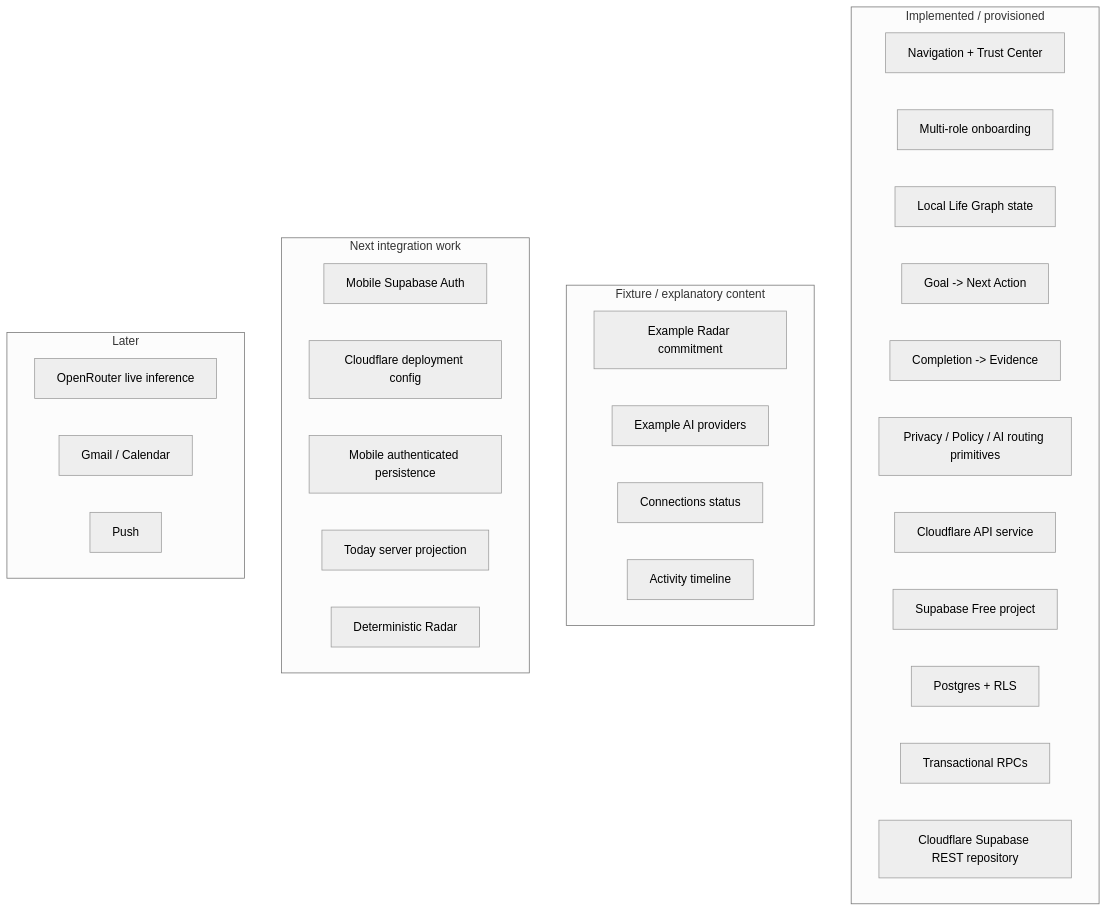
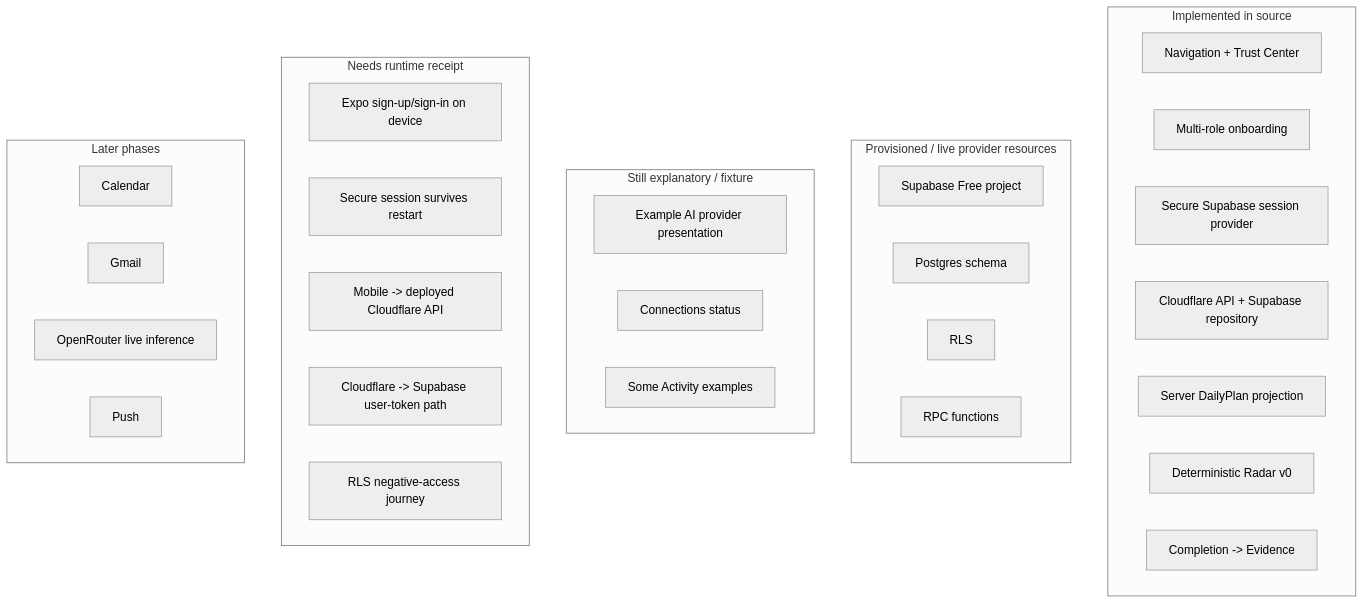
Before and after one commit to seq23/aplayer-mode: the second of 3 diagrams in docs/13-IMPLEMENTATION-STATUS.md, drawn with Mermaid (neutral theme). The commit also changed other lines of this file and 3 other files, not shown here.

Commit message:
docs: align auth persistence and Supabase Cloudflare architecture

````diff
--- a/docs/13-IMPLEMENTATION-STATUS.md
+++ b/docs/13-IMPLEMENTATION-STATUS.md
@@ -74,37 +64,40 @@
 ```mermaid
 flowchart TB
-  subgraph REAL[Implemented / provisioned]
-    R1[Navigation + Trust Center]
-    R2[Multi-role onboarding]
-    R3[Local Life Graph state]
-    R4[Goal -> Next Action]
-    R5[Completion -> Evidence]
-    R6[Privacy / Policy / AI routing primitives]
-    R7[Cloudflare API service]
-    R8[Supabase Free project]
-    R9[Postgres + RLS]
-    R10[Transactional RPCs]
-    R11[Cloudflare Supabase REST repository]
+  subgraph CODE[Implemented in source]
+    C1[Navigation + Trust Center]
+    C2[Multi-role onboarding]
+    C3[Secure Supabase session provider]
+    C4[Cloudflare API + Supabase repository]
+    C5[Server DailyPlan projection]
+    C6[Deterministic Radar v0]
+    C7[Completion -> Evidence]
   end
 
-  subgraph FIXTURE[Fixture / explanatory content]
-    F1[Example Radar commitment]
-    F2[Example AI providers]
-    F3[Connections status]
-    F4[Activity timeline]
+  subgraph LIVE[Provisioned / live provider resources]
+    L1[Supabase Free project]
+    L2[Postgres schema]
+    L3[RLS]
+    L4[RPC functions]
   end
 
-  subgraph NEXT[Next integration work]
-    N1[Mobile Supabase Auth]
-    N2[Cloudflare deployment config]
-    N3[Mobile authenticated persistence]
-    N4[Today server projection]
-    N5[Deterministic Radar]
+  subgraph FIXTURE[Still explanatory / fixture]
+    F1[Example AI provider presentation]
+    F2[Connections status]
+    F3[Some Activity examples]
   end
 
-  subgraph LATER[Later]
-    L1[OpenRouter live inference]
-    L2[Gmail / Calendar]
-    L3[Push]
+  subgraph UNPROVEN[Needs runtime receipt]
+    U1[Expo sign-up/sign-in on device]
+    U2[Secure session survives restart]
+    U3[Mobile -> deployed Cloudflare API]
+    U4[Cloudflare -> Supabase user-token path]
+    U5[RLS negative-access journey]
+  end
+
+  subgraph LATER[Later phases]
+    N1[Calendar]
+    N2[Gmail]
+    N3[OpenRouter live inference]
+    N4[Push]
   end
 ```
````
